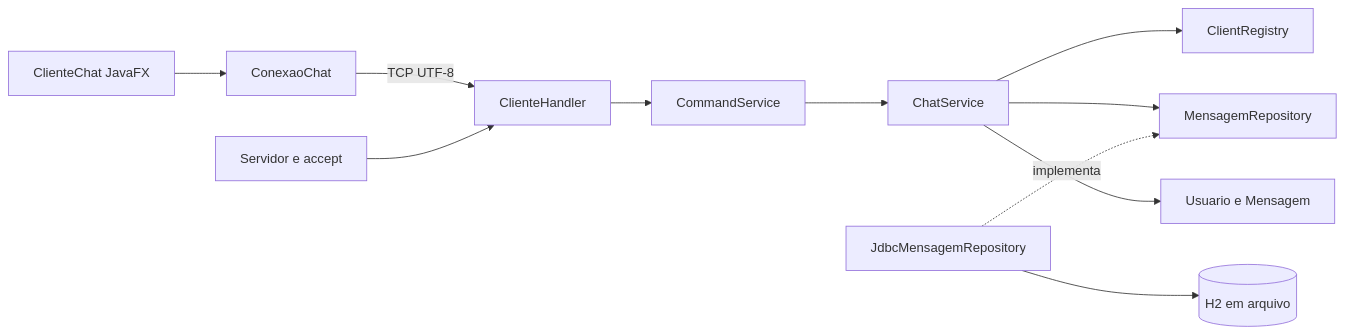
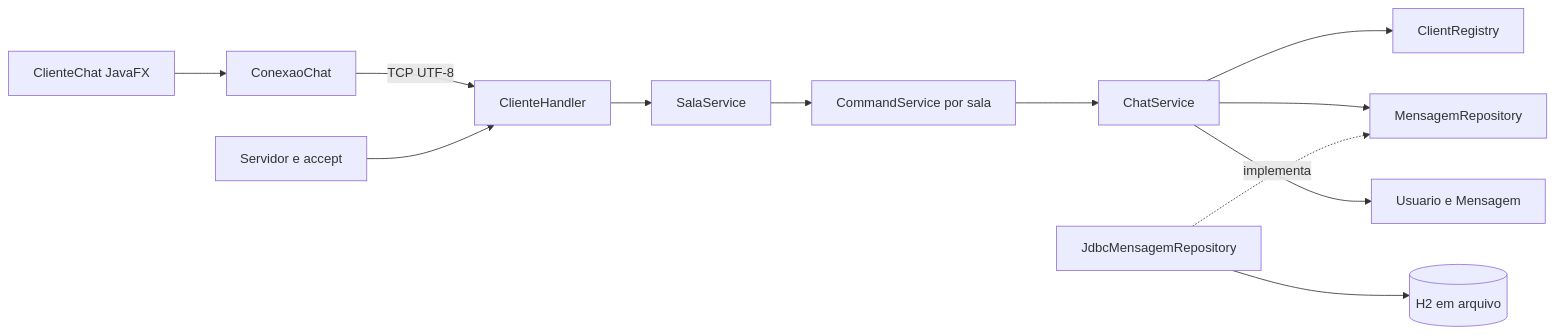
One commit to rRMADS/CHAT_MULTI_USUARIO changed the diagram in docs/ARQUITETURA.md. Above: the diagram before and after it, drawn with Mermaid. The commit also changed other lines of this file and 20 other files, not shown here.

````diff
--- a/docs/ARQUITETURA.md
+++ b/docs/ARQUITETURA.md
@@ -7,13 +7,14 @@
 ```mermaid
 flowchart LR
     UI[ClienteChat JavaFX] --> REDE[ConexaoChat]
     REDE -->|TCP UTF-8| HANDLER[ClienteHandler]
     SERVIDOR[Servidor e accept] --> HANDLER
-    HANDLER --> CMD[CommandService]
+    HANDLER --> SALAS[SalaService]
+    SALAS --> CMD[CommandService por sala]
     CMD --> CHAT[ChatService]
     CHAT --> REG[ClientRegistry]
     CHAT --> REPO[MensagemRepository]
     JDBC[JdbcMensagemRepository] -. implementa .-> REPO
     JDBC --> H2[(H2 em arquivo)]
     CHAT --> MODEL[Usuario e Mensagem]
 ```
````
